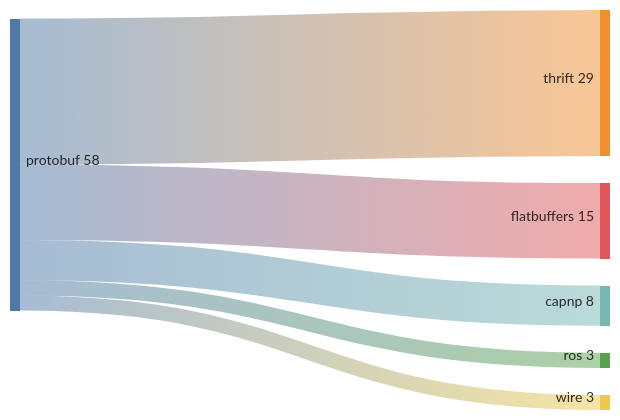
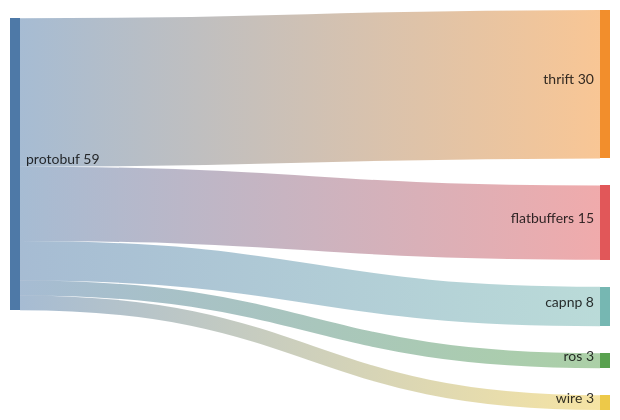
One commit to the-protobuf-project/buffers changed the second of 5 diagrams in README.md. Above: the diagram before and after it, drawn with Mermaid. The commit also changed other lines of this file and 4 other files, not shown here.

````diff
--- a/README.md
+++ b/README.md
@@ -233,9 +240,9 @@
 ```mermaid
 sankey-beta
 
-protobuf,thrift,29
+protobuf,thrift,30
 protobuf,flatbuffers,15
 protobuf,capnp,8
 protobuf,ros,3
 protobuf,wire,3
 ```
````
